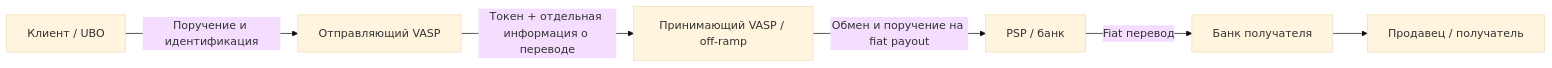
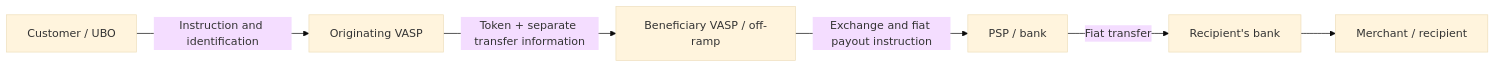
One commit to nuanu-ai/fintech-textbook-2026 changed diagram 11 of 11 in Textbook/01-Market-rules-and-licensing/README.md. Above: the diagram before and after it, drawn with Mermaid (base theme). The commit also changed other lines of this file and 78 other files, not shown here.

````diff
--- a/Textbook/01-Market-rules-and-licensing/README.md
+++ b/Textbook/01-Market-rules-and-licensing/README.md
@@ -331,8 +331,8 @@
 ```mermaid
 flowchart LR
- U[Клиент / UBO] -->|Поручение и идентификация| V1[Отправляющий VASP]
- V1 -->|Токен + отдельная информация о переводе| V2[Принимающий VASP / off-ramp]
- V2 -->|Обмен и поручение на fiat payout| P[PSP / банк]
- P -->|Fiat перевод| B[Банк получателя]
- B --> R[Продавец / получатель]
+ U[Customer / UBO] -->|Instruction and identification| V1[Originating VASP]
+ V1 -->|Token + separate transfer information| V2[Beneficiary VASP / off-ramp]
+ V2 -->|Exchange and fiat payout instruction| P[PSP / bank]
+ P -->|Fiat transfer| B[Recipient's bank]
+ B --> R[Merchant / recipient]
 ```
````
